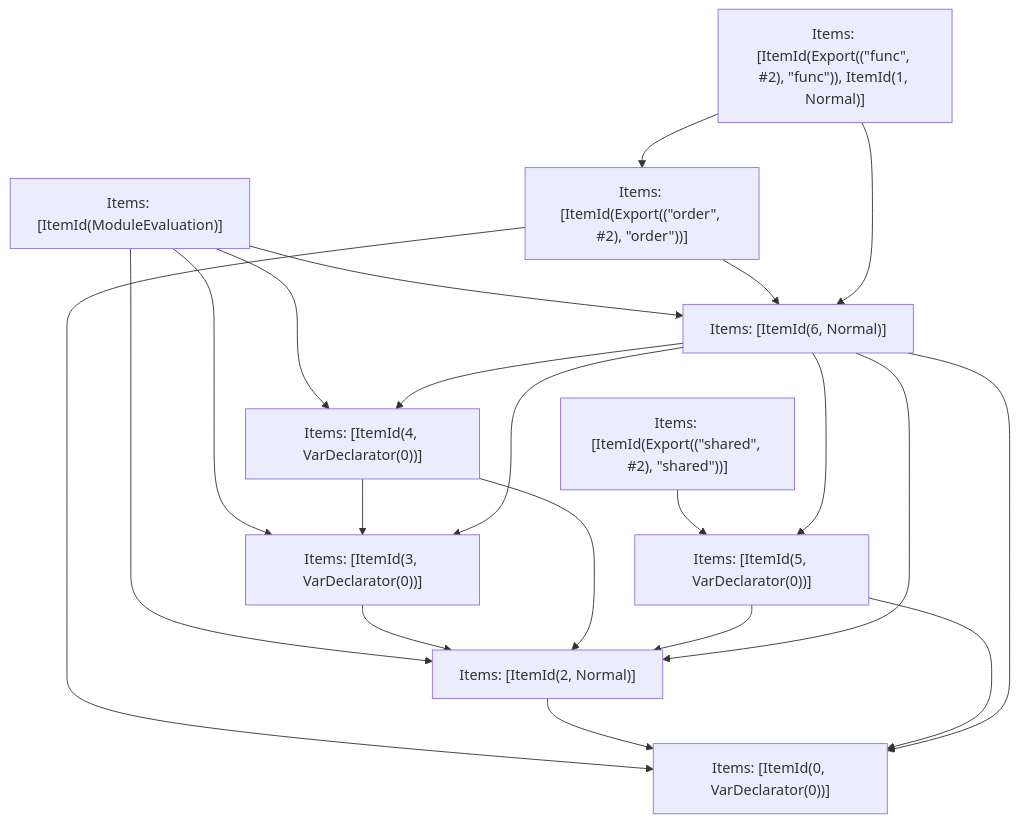
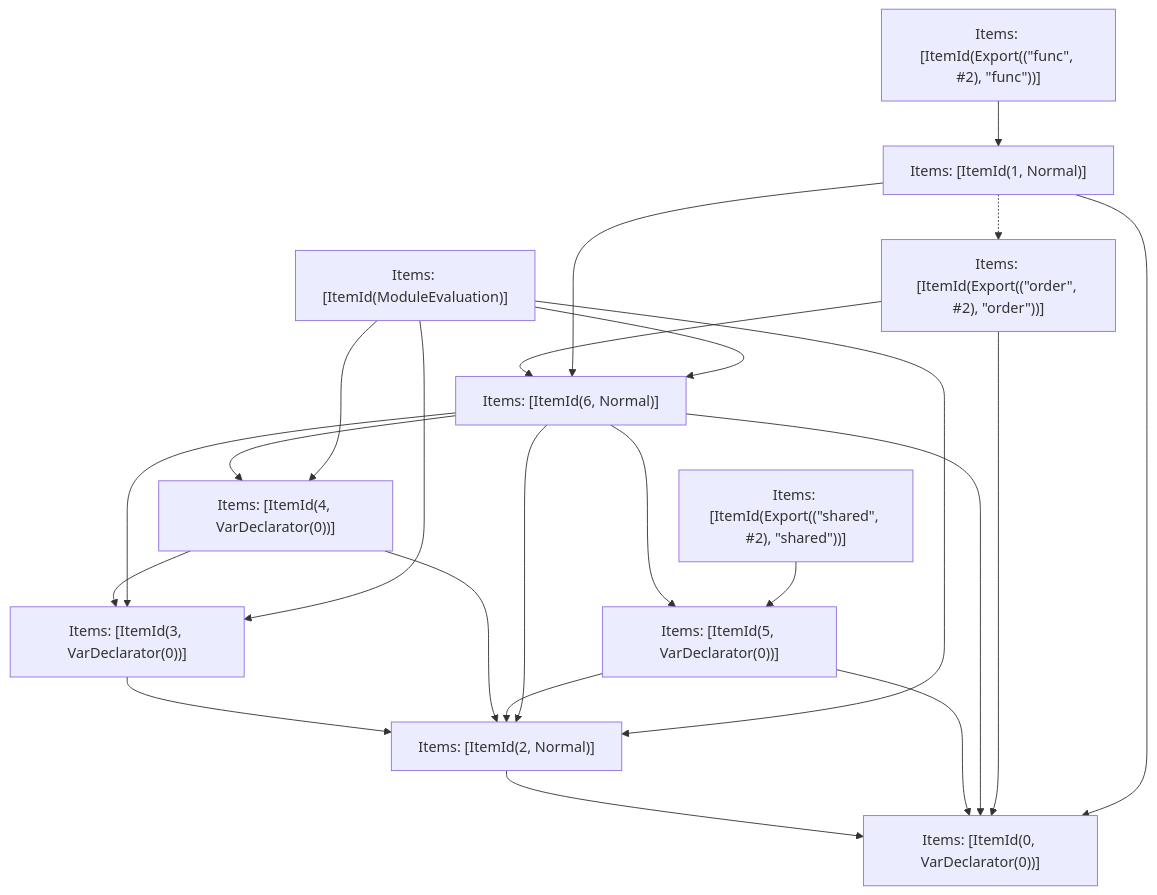
The fifth of 5 diagrams in crates/turbopack-ecmascript/tests/tree-shaker/analyzer/write-order/output.md (vercel/turborepo), drawn with Mermaid before and after one commit. The commit also changed other lines of this file and 106 other files, not shown here.

````diff
--- a/crates/turbopack-ecmascript/tests/tree-shaker/analyzer/write-order/output.md
+++ b/crates/turbopack-ecmascript/tests/tree-shaker/analyzer/write-order/output.md
@@ -217,33 +219,36 @@
 ```mermaid
 graph TD
-    N0["Items: [ItemId(ModuleEvaluation)]"];
-    N1["Items: [ItemId(Export((&quot;order&quot;, #2), &quot;order&quot;))]"];
-    N2["Items: [ItemId(Export((&quot;func&quot;, #2), &quot;func&quot;)), ItemId(1, Normal)]"];
+    N0["Items: [ItemId(0, VarDeclarator(0))]"];
+    N1["Items: [ItemId(2, Normal)]"];
+    N2["Items: [ItemId(5, VarDeclarator(0))]"];
     N3["Items: [ItemId(Export((&quot;shared&quot;, #2), &quot;shared&quot;))]"];
-    N4["Items: [ItemId(0, VarDeclarator(0))]"];
-    N5["Items: [ItemId(2, Normal)]"];
-    N6["Items: [ItemId(3, VarDeclarator(0))]"];
-    N7["Items: [ItemId(4, VarDeclarator(0))]"];
-    N8["Items: [ItemId(5, VarDeclarator(0))]"];
-    N9["Items: [ItemId(6, Normal)]"];
-    N0 --> N5;
-    N0 --> N6;
-    N0 --> N7;
-    N0 --> N9;
-    N1 --> N9;
-    N1 --> N4;
-    N2 --> N9;
+    N4["Items: [ItemId(3, VarDeclarator(0))]"];
+    N5["Items: [ItemId(4, VarDeclarator(0))]"];
+    N6["Items: [ItemId(6, Normal)]"];
+    N7["Items: [ItemId(ModuleEvaluation)]"];
+    N8["Items: [ItemId(Export((&quot;order&quot;, #2), &quot;order&quot;))]"];
+    N9["Items: [ItemId(1, Normal)]"];
+    N10["Items: [ItemId(Export((&quot;func&quot;, #2), &quot;func&quot;))]"];
+    N1 --> N0;
+    N4 --> N1;
+    N5 --> N1;
+    N5 --> N4;
     N2 --> N1;
-    N3 --> N8;
-    N5 --> N4;
+    N2 --> N0;
+    N6 --> N2;
+    N6 --> N0;
+    N6 --> N1;
+    N6 --> N4;
     N6 --> N5;
+    N8 --> N6;
+    N8 --> N0;
+    N10 --> N9;
+    N3 --> N2;
+    N9 --> N6;
+    N9 --> N0;
+    N9 -.-> N8;
+    N7 --> N1;
+    N7 --> N4;
     N7 --> N5;
     N7 --> N6;
-    N8 --> N5;
-    N8 --> N4;
-    N9 --> N8;
-    N9 --> N4;
-    N9 --> N5;
-    N9 --> N6;
-    N9 --> N7;
 ```
````
